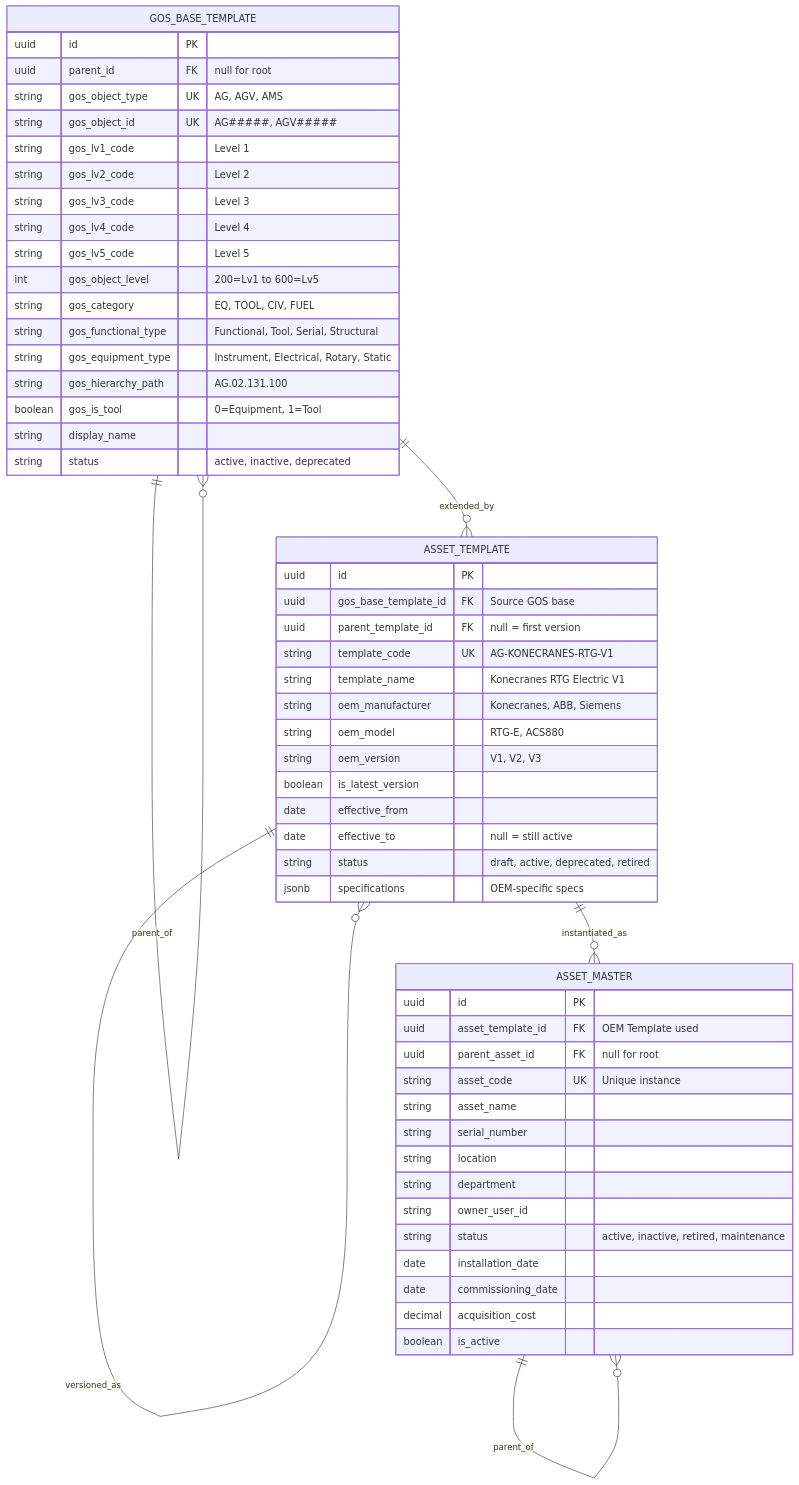
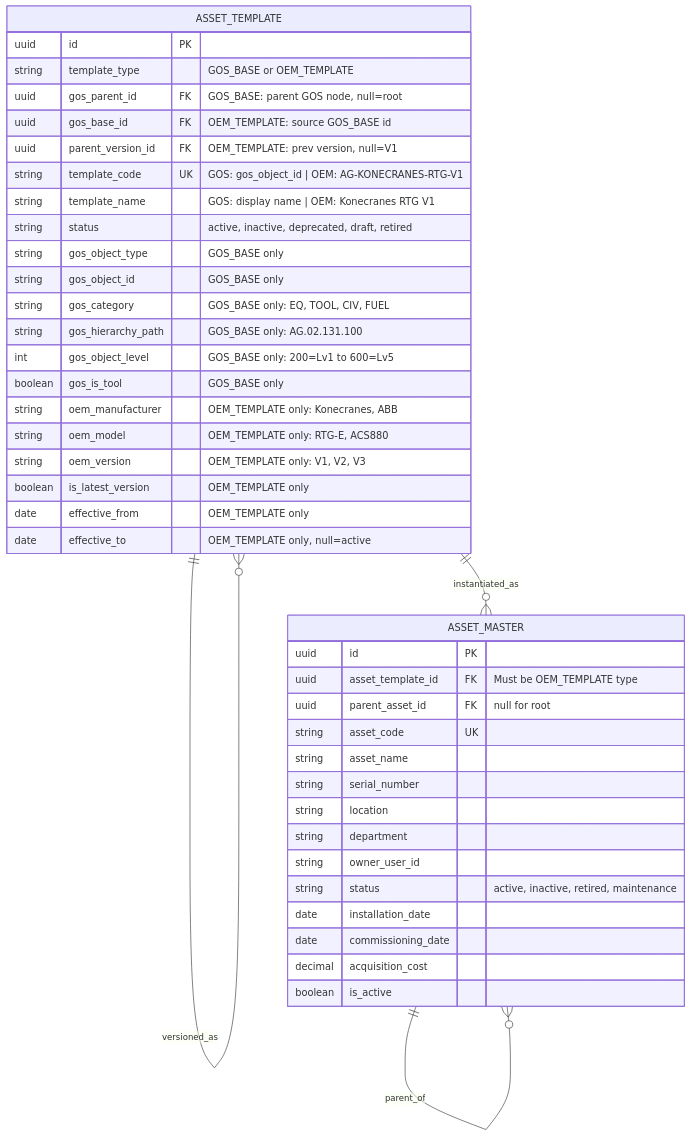
The second of 6 diagrams in asset-management/diagrams/01_ER_Diagrams.md (arup-ghosh-maersk/cia-lld), drawn with Mermaid before and after one commit. The commit also changed other lines of this file and 1 other file, not shown here.

````diff
--- a/asset-management/diagrams/01_ER_Diagrams.md
+++ b/asset-management/diagrams/01_ER_Diagrams.md
@@ -370,61 +361,48 @@
 ```mermaid
 erDiagram
-    GOS_BASE_TEMPLATE ||--o{ GOS_BASE_TEMPLATE : "parent_of"
-    GOS_BASE_TEMPLATE ||--o{ ASSET_TEMPLATE : "extended_by"
+    ASSET_TEMPLATE ||--o{ ASSET_TEMPLATE : "gos_parent_of"
+    ASSET_TEMPLATE ||--o{ ASSET_TEMPLATE : "extended_as_oem"
     ASSET_TEMPLATE ||--o{ ASSET_TEMPLATE : "versioned_as"
     ASSET_TEMPLATE ||--o{ ASSET_MASTER : "instantiated_as"
     ASSET_MASTER ||--o{ ASSET_MASTER : "parent_of"
 
-    GOS_BASE_TEMPLATE {
-        uuid id PK
-        uuid parent_id FK "null for root"
-        string gos_object_type UK "AG, AGV, AMS"
-        string gos_object_id UK "AG#####, AGV#####"
-        string gos_lv1_code "Level 1"
-        string gos_lv2_code "Level 2"
-        string gos_lv3_code "Level 3"
-        string gos_lv4_code "Level 4"
-        string gos_lv5_code "Level 5"
-        int gos_object_level "200=Lv1 to 600=Lv5"
-        string gos_category "EQ, TOOL, CIV, FUEL"
-        string gos_functional_type "Functional, Tool, Serial, Structural"
-        string gos_equipment_type "Instrument, Electrical, Rotary, Static"
-        string gos_hierarchy_path "AG.02.131.100"
-        boolean gos_is_tool "0=Equipment, 1=Tool"
-        string display_name
-        string status "active, inactive, deprecated"
-    }
-
     ASSET_TEMPLATE {
         uuid id PK
-        uuid gos_base_template_id FK "Source GOS base"
-        uuid parent_template_id FK "null = first version"
-        string template_code UK "AG-KONECRANES-RTG-V1"
-        string template_name "Konecranes RTG Electric V1"
-        string oem_manufacturer "Konecranes, ABB, Siemens"
-        string oem_model "RTG-E, ACS880"
-        string oem_version "V1, V2, V3"
-        boolean is_latest_version
-        date effective_from
-        date effective_to "null = still active"
-        string status "draft, active, deprecated, retired"
-        jsonb specifications "OEM-specific specs"
+        string template_type "GOS_BASE or OEM_TEMPLATE"
+        uuid gos_parent_id FK "GOS_BASE: parent GOS node, null=root"
+        uuid gos_base_id FK "OEM_TEMPLATE: source GOS_BASE id"
+        uuid parent_version_id FK "OEM_TEMPLATE: prev version, null=V1"
+        string template_code UK "GOS: gos_object_id | OEM: AG-KONECRANES-RTG-V1"
+        string template_name "GOS: display name | OEM: Konecranes RTG V1"
+        string status "active, inactive, deprecated, draft, retired"
+        string gos_object_type "GOS_BASE only"
+        string gos_object_id "GOS_BASE only"
+        string gos_category "GOS_BASE only: EQ, TOOL, CIV, FUEL"
+        string gos_hierarchy_path "GOS_BASE only: AG.02.131.100"
+        int gos_object_level "GOS_BASE only: 200=Lv1 to 600=Lv5"
+        boolean gos_is_tool "GOS_BASE only"
+        string oem_manufacturer "OEM_TEMPLATE only: Konecranes, ABB"
+        string oem_model "OEM_TEMPLATE only: RTG-E, ACS880"
+        string oem_version "OEM_TEMPLATE only: V1, V2, V3"
+        boolean is_latest_version "OEM_TEMPLATE only"
+        date effective_from "OEM_TEMPLATE only"
+        date effective_to "OEM_TEMPLATE only, null=active"
     }
 
     ASSET_MASTER {
         uuid id PK
-        uuid asset_template_id FK "OEM Template used"
+        uuid asset_template_id FK "Must be OEM_TEMPLATE type"
         uuid parent_asset_id FK "null for root"
-        string asset_code UK "Unique instance"
+        string asset_code UK
         string asset_name
         string serial_number
         string location
         string department
         string owner_user_id
         string status "active, inactive, retired, maintenance"
         date installation_date
         date commissioning_date
         decimal acquisition_cost
         boolean is_active
     }
 ```
````
